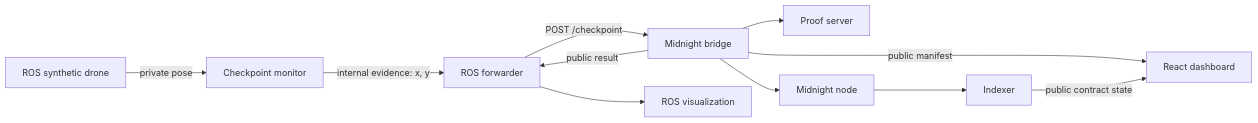
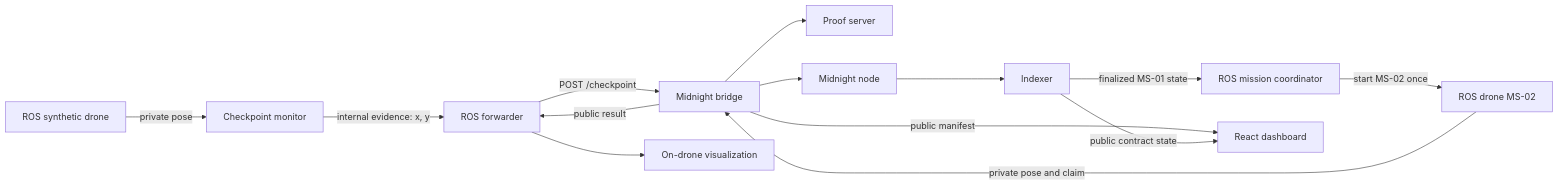
The diagram in ARCHITECTURE.md (Toyin5/midnight-swarm), drawn with Mermaid before and after one commit. The commit also changed other lines of this file and 19 other files, not shown here.

````diff
--- a/ARCHITECTURE.md
+++ b/ARCHITECTURE.md
@@ -5,13 +5,16 @@
 ```mermaid
 flowchart LR
     R["ROS synthetic drone"] -->|"private pose"| M["Checkpoint monitor"]
     M -->|"internal evidence: x, y"| F["ROS forwarder"]
     F -->|"POST /checkpoint"| B["Midnight bridge"]
     B --> P["Proof server"]
     B --> N["Midnight node"]
     N --> I["Indexer"]
     B -->|"public result"| F
-    F --> V["ROS visualization"]
+    F --> V["On-drone visualization"]
+    I -->|"finalized MS-01 state"| C["ROS mission coordinator"]
+    C -->|"start MS-02 once"| R2["ROS drone MS-02"]
+    R2 -->|"private pose and claim"| B
     B -->|"public manifest"| W["React dashboard"]
     I -->|"public contract state"| W
 ```
````
